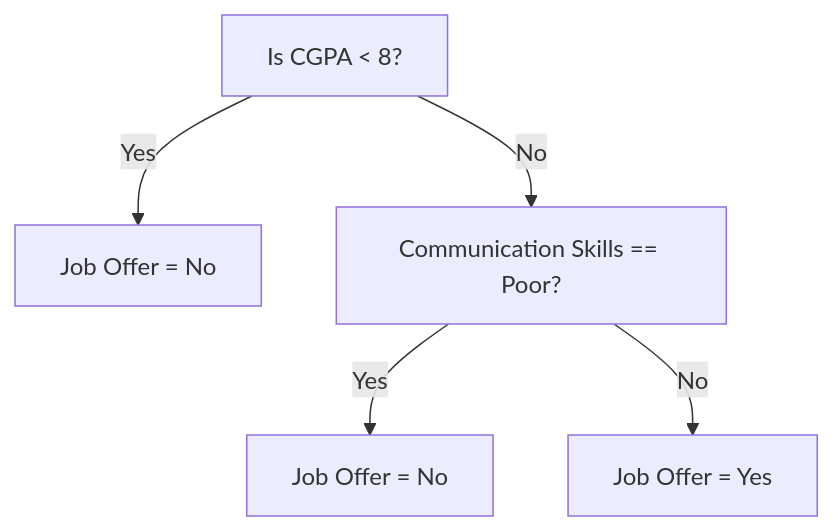
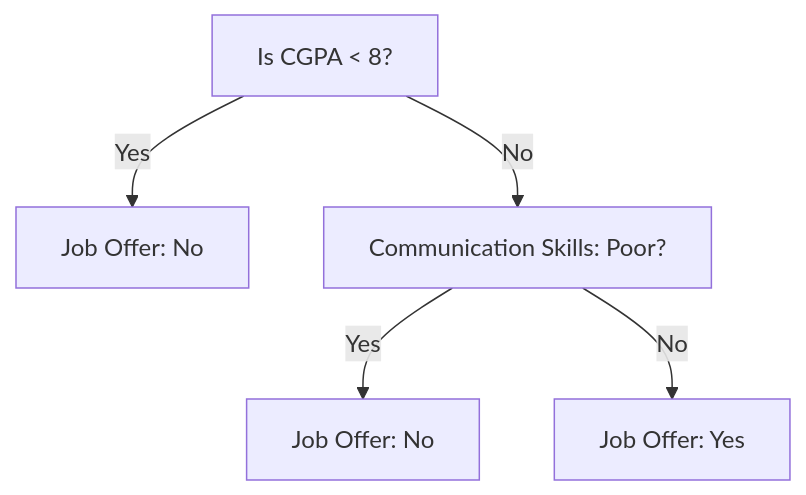
Before and after one commit to DeepLumiere/DeepSkills: the fifth of 5 diagrams in notes/machine_learning/06_KNN_Naive_Bayes_Decision_Trees.md, drawn with Mermaid. The commit also changed other lines of this file and 56 other files, not shown here.

````diff
--- a/notes/machine_learning/06_KNN_Naive_Bayes_Decision_Trees.md
+++ b/notes/machine_learning/06_KNN_Naive_Bayes_Decision_Trees.md
@@ -2346,13 +2346,7 @@
 ```mermaid
-
 flowchart TD
-
-    A["Is CGPA < 8?"] -->|Yes| B[Job Offer = No]
-
-    A -->|No| C["Communication Skills == Poor?"]
-
-    C -->|Yes| D[Job Offer = No]
-
-    C -->|No| E[Job Offer = Yes]
-
+    A["Is CGPA < 8?"] -->|Yes| B["Job Offer: No"]
+    A -->|No| C["Communication Skills: Poor?"]
+    C -->|Yes| D["Job Offer: No"]
+    C -->|No| E["Job Offer: Yes"]
 ```
````
